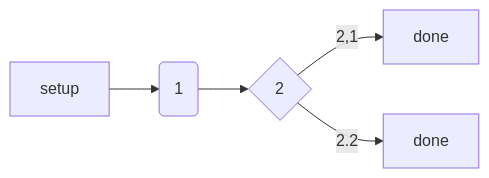
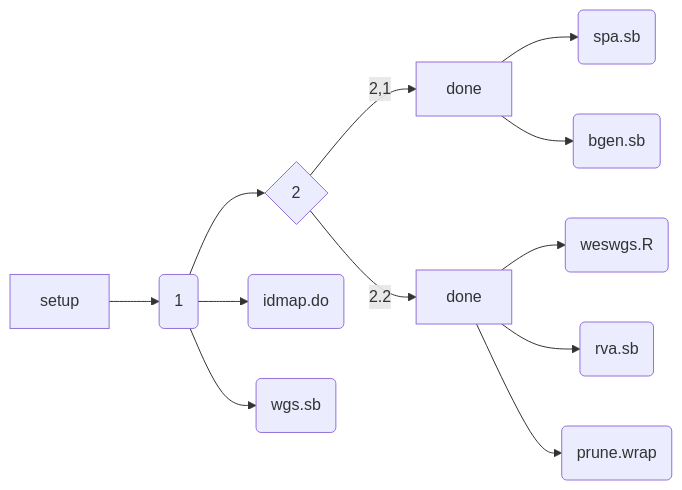
Before and after one commit to jinghuazhao/SCALLOP-Seq: the diagram in README.md, drawn with Mermaid. The commit also changed other lines of this file, not shown here.

````diff
--- a/README.md
+++ b/README.md
@@ -23,7 +13,10 @@
-<div class="mermaid">
+```mermaid
 graph LR;
 A[setup] -->B(1);
-    B --> C{2};
+    B --> C{2}; B --> F(idmap.do); B --> I(wgs.sb);
     C -->|2,1| D[done];
-    C -->|2.2| E[done];
-</div>
+    C -->|2.2| E[done]; E --> L(weswgs.R);
+    D --> G(spa.sb); D --> K(bgen.sb);
+    E --> H(rva.sb); E --> J(prune.wrap);
+
+```
````
